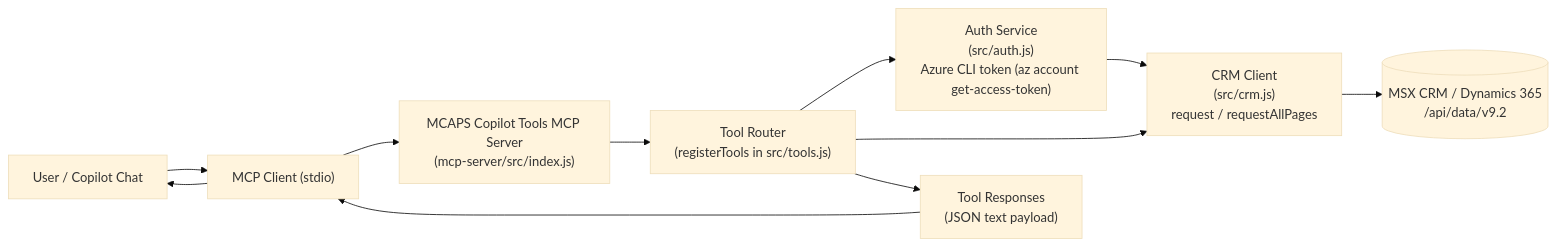
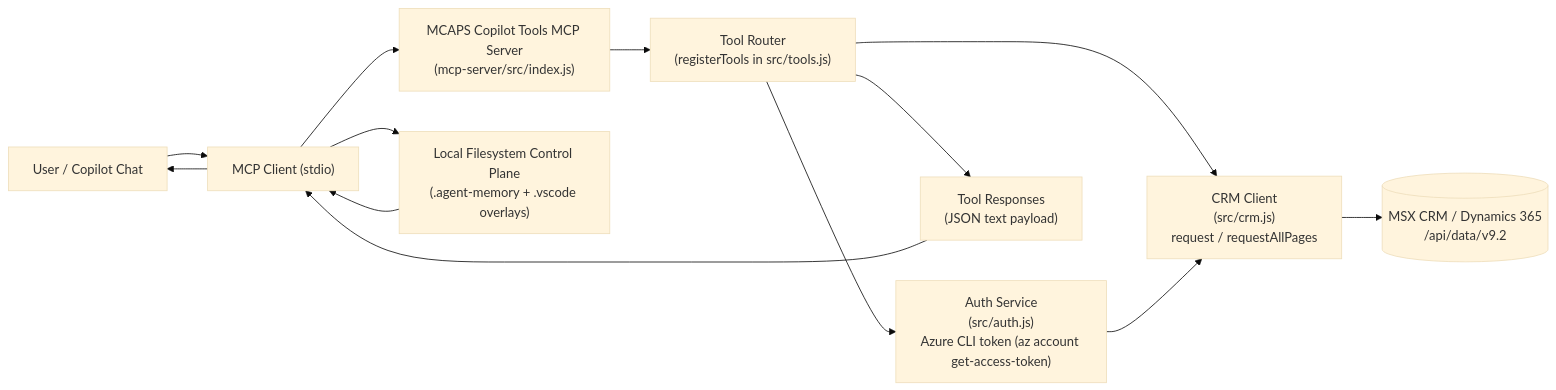
The first of 3 diagrams in docs/architecture-msx-mcp.md (JinLee794/mcaps-copilot-tools), drawn with Mermaid (base theme) before and after one commit. The commit also changed other lines of this file and 7 other files, not shown here.

````diff
--- a/docs/architecture-msx-mcp.md
+++ b/docs/architecture-msx-mcp.md
@@ -9,16 +9,19 @@
 ```mermaid
 flowchart LR
   U[User / Copilot Chat] --> C["MCP Client (stdio)"]
   C --> S["MCAPS Copilot Tools MCP Server\n(mcp-server/src/index.js)"]
+
+  C --> F["Local Filesystem Control Plane\n(.agent-memory + .vscode overlays)"]
 
   S --> T["Tool Router\n(registerTools in src/tools.js)"]
   T --> A["Auth Service\n(src/auth.js)\nAzure CLI token (az account get-access-token)"]
   T --> R["CRM Client\n(src/crm.js)\nrequest / requestAllPages"]
 
   A --> R
   R --> D[("MSX CRM / Dynamics 365\n/api/data/v9.2")]
+  F --> C
 
   T --> O["Tool Responses\n(JSON text payload)"]
   O --> C
   C --> U
 ```
````
